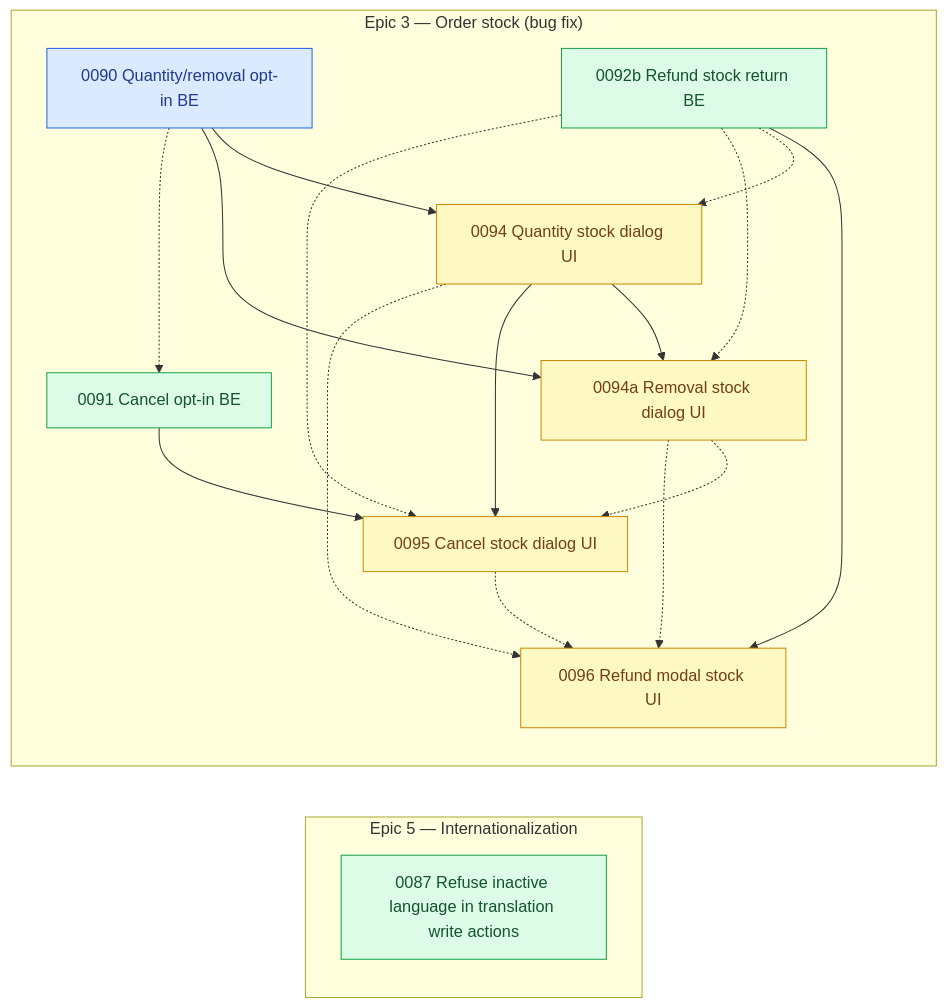
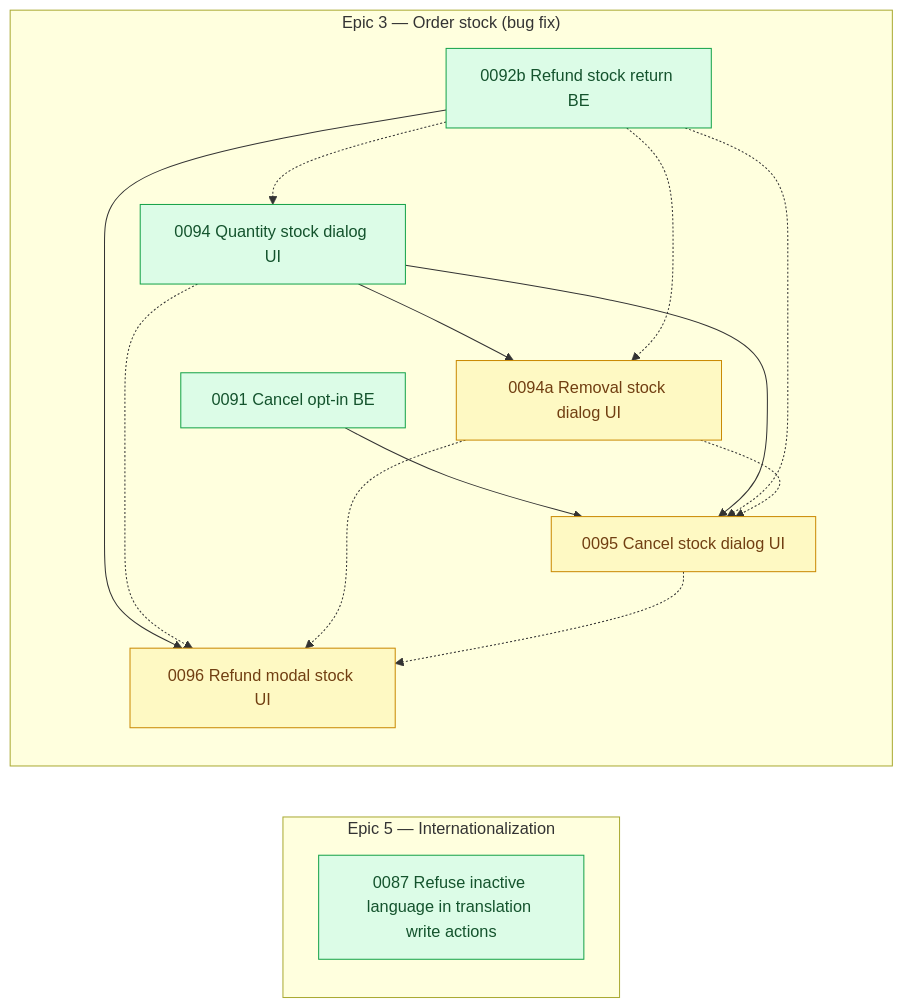
One commit to shojen/AI4Devs-finalproject changed the diagram in arospe/ai-spec/tasks-map.md. Above: the diagram before and after it, drawn with Mermaid. The commit also changed other lines of this file and 7 other files, not shown here.

```diff
--- a/arospe/ai-spec/tasks-map.md
+++ b/arospe/ai-spec/tasks-map.md
@@ -615,7 +614,6 @@
 
     subgraph PEND_STOCK["Epic 3 — Order stock (bug fix)"]
         direction TB
-        P0090["0090 Quantity/removal opt-in BE"]
         P0091["0091 Cancel opt-in BE"]
         P0092b["0092b Refund stock return BE"]
         P0094["0094 Quantity stock dialog UI"]
@@ -625,13 +623,10 @@
     end
     %% (P0089 merged into P0088 and P0092 split into P0092a/P0092b on 2026-11-08; their nodes and edges are dropped.)
     %% (P0088 --> P0090/P0091/P0092b replaced by P0088 --> P0088a --> … on 2026-11-08, review #4 split.)
-    P0090 --> P0094
-    P0090 --> P0094a
     P0094 --> P0094a
     P0091 --> P0095
     P0094 --> P0095
     P0092b --> P0096
-    P0090 -.-> P0091
     P0092b -.-> P0094
     P0092b -.-> P0094a
     P0092b -.-> P0095
@@ -639,9 +634,8 @@
     P0094 -.-> P0096
     P0094a -.-> P0096
     P0095 -.-> P0096
-    class P0091,P0092b ready;
-    class P0090 claimed;
-    class P0094,P0094a,P0095,P0096 pending;
+    class P0091,P0092b,P0094 ready;
+    class P0094a,P0095,P0096 pending;
 
     %% Standalone (no PRD epic)
     %% (P0082's own node dropped: 0082 closed to done/ this pass, per the update at the top of this file.)
```
